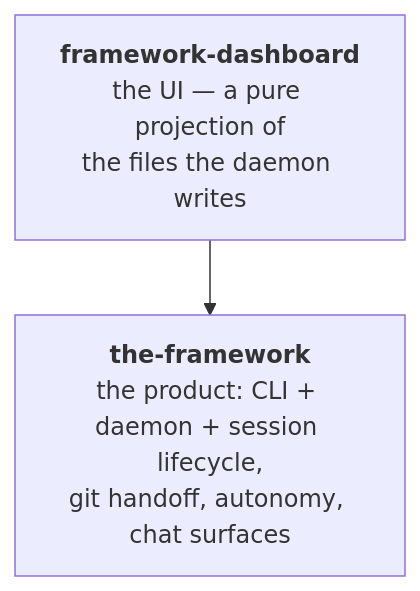
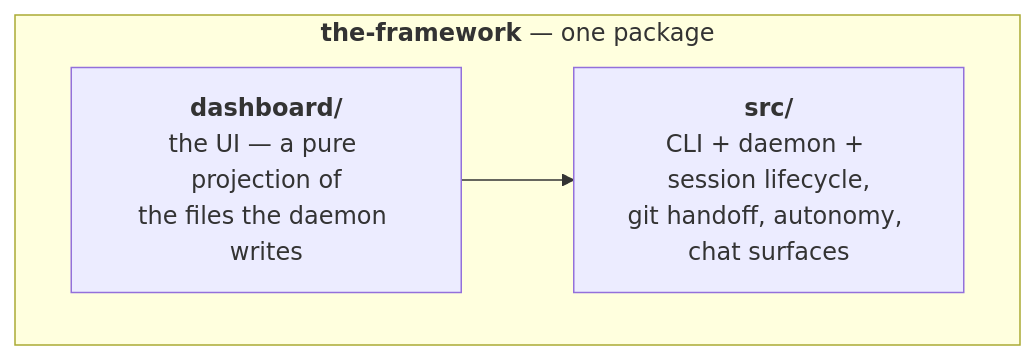
Before and after one commit to framework/the-framework: the diagram in SPEC.md, drawn with Mermaid. The commit also changed other lines of this file and 626 other files, not shown here.

````diff
--- a/SPEC.md
+++ b/SPEC.md
@@ -11,7 +11,8 @@
 ```mermaid
 graph TD
-    dash["<b>framework-dashboard</b><br/>the UI — a pure projection of<br/>the files the daemon writes"]
-    product["<b>the-framework</b><br/>the product: CLI + daemon + session lifecycle,<br/>git handoff, autonomy, chat surfaces"]
-
-    dash --> product
+    subgraph product["<b>the-framework</b> — one package"]
+        dash["<b>dashboard/</b><br/>the UI — a pure projection of<br/>the files the daemon writes"]
+        core["<b>src/</b><br/>CLI + daemon + session lifecycle,<br/>git handoff, autonomy, chat surfaces"]
+        dash --> core
+    end
 ```
````
